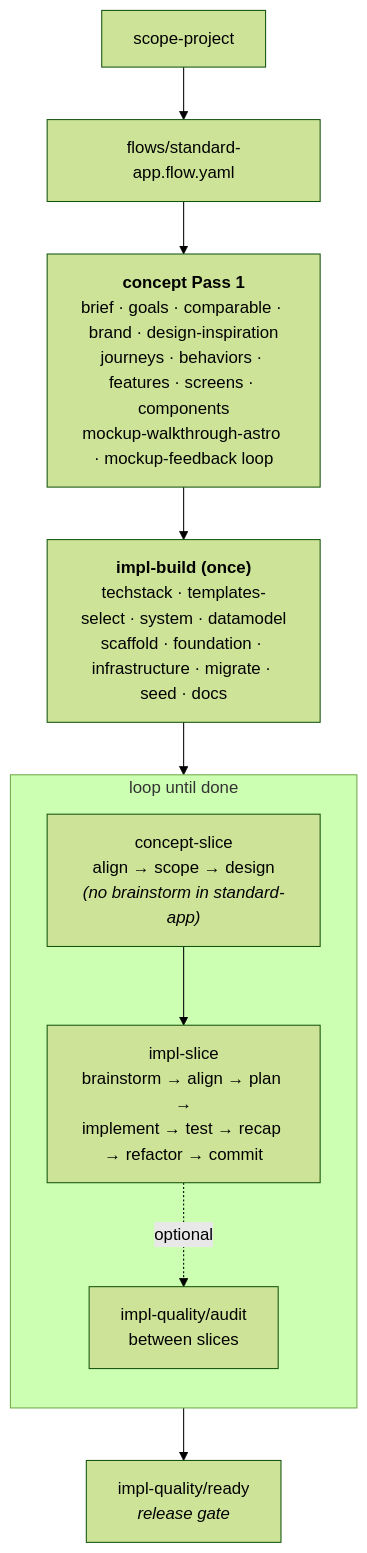
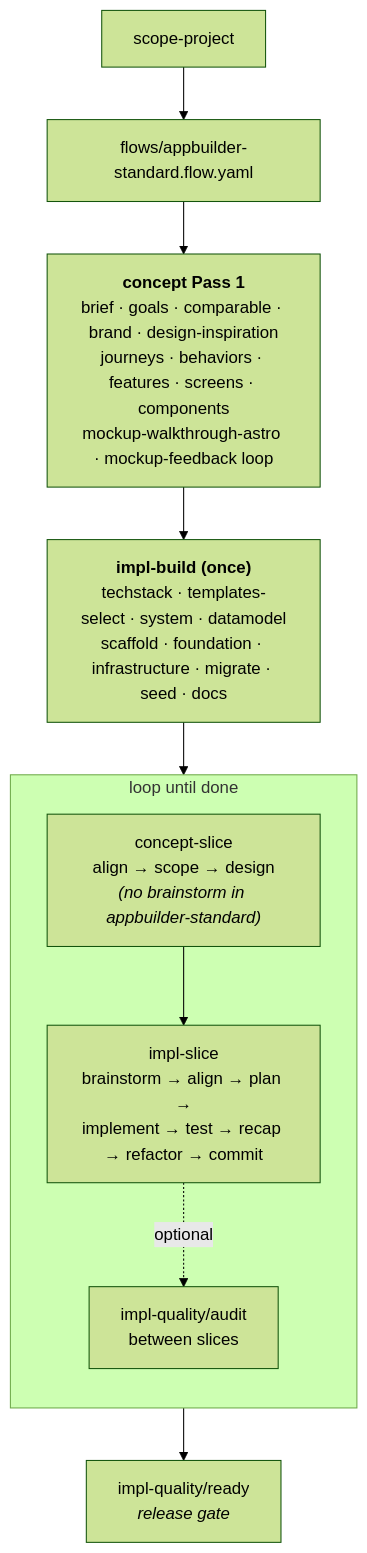
The diagram in docs/src/content/docs/intro/pipeline.mdx (skaile-ai/ai-assets-skaileup), drawn with Mermaid (forest theme) before and after one commit. The commit also changed other lines of this file and 111 other files, not shown here.

First line of the commit message:
feat(flows): add impl-only flows + rename tiers to appbuilder-*

````diff
--- a/docs/src/content/docs/intro/pipeline.mdx
+++ b/docs/src/content/docs/intro/pipeline.mdx
@@ -163,15 +163,15 @@
 ```mermaid
 flowchart TD
-  scope["scope-project"] --> flow["flows/standard-app.flow.yaml"]
+  scope["scope-project"] --> flow["flows/appbuilder-standard.flow.yaml"]
   flow --> p1["<b>concept Pass 1</b><br/>brief · goals · comparable · brand · design-inspiration<br/>journeys · behaviors · features · screens · components<br/>mockup-walkthrough-astro · mockup-feedback loop"]
   p1 --> build["<b>impl-build (once)</b><br/>techstack · templates-select · system · datamodel<br/>scaffold · foundation · infrastructure · migrate · seed · docs"]
   build --> loop
 
   subgraph loop["loop until done"]
     direction TB
-    cs["concept-slice<br/>align → scope → design<br/><i>(no brainstorm in standard-app)</i>"] --> is["impl-slice<br/>brainstorm → align → plan →<br/>implement → test → recap → refactor → commit"]
+    cs["concept-slice<br/>align → scope → design<br/><i>(no brainstorm in appbuilder-standard)</i>"] --> is["impl-slice<br/>brainstorm → align → plan →<br/>implement → test → recap → refactor → commit"]
     is -.->|optional| audit["impl-quality/audit<br/>between slices"]
   end
 
   loop --> ready["impl-quality/ready<br/><i>release gate</i>"]
 ```
````
